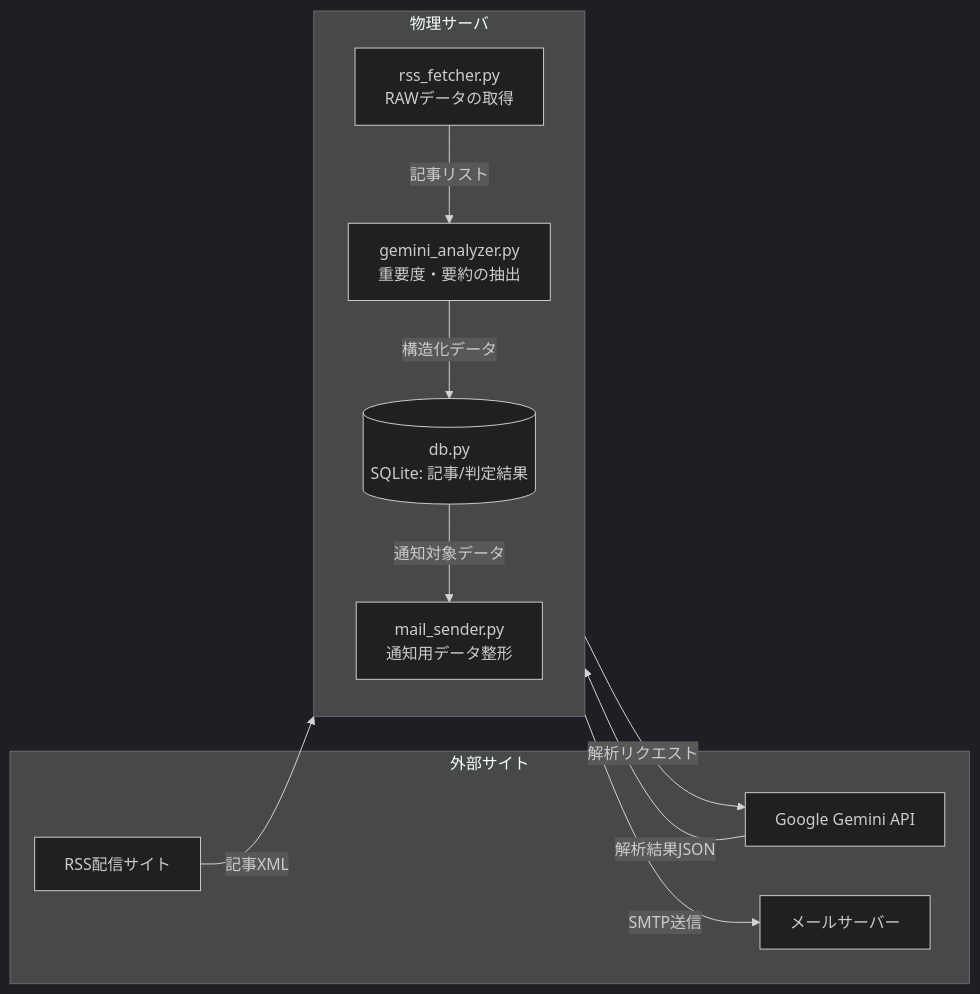
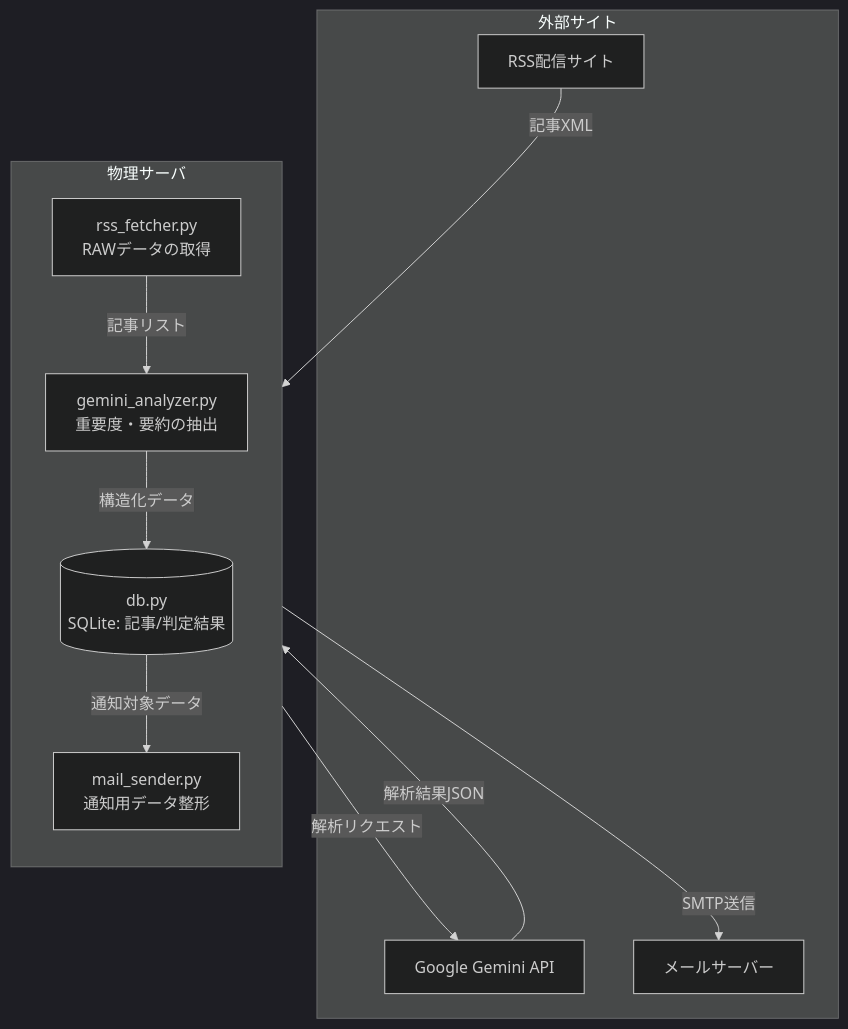
The first of 2 diagrams in README.md (neucorino/itnews-autocollector), drawn with Mermaid (dark theme) before and after one commit. The commit also changed other lines of this file, not shown here.

````diff
--- a/README.md
+++ b/README.md
@@ -47,27 +103,27 @@
 ```mermaid
-flowchart LR
+flowchart TD
     %% 外部要素
     subgraph External [外部サイト]
         Web[RSS配信サイト]
         GeminiAPI[Google Gemini API]
         STMP[メールサーバー]
     end
 
     %% アプリ内部のデータの流れ
     subgraph MiniPC [物理サーバ]
         direction TB
         fetch[rss_fetcher.py<br/>RAWデータの取得]
         analyze[gemini_analyzer.py<br/>重要度・要約の抽出]
         storage[(db.py<br/>SQLite: 記事/判定結果)]
         notify[mail_sender.py<br/>通知用データ整形]
     end
 
     %% フローの定義
     Web -- 記事XML --> fetch
     fetch -- 記事リスト --> analyze
     analyze -- 解析リクエスト --> GeminiAPI
     GeminiAPI -- 解析結果JSON --> analyze
     analyze -- 構造化データ --> storage
     storage -- 通知対象データ --> notify
     notify -- SMTP送信 --> STMP
 ```
````
